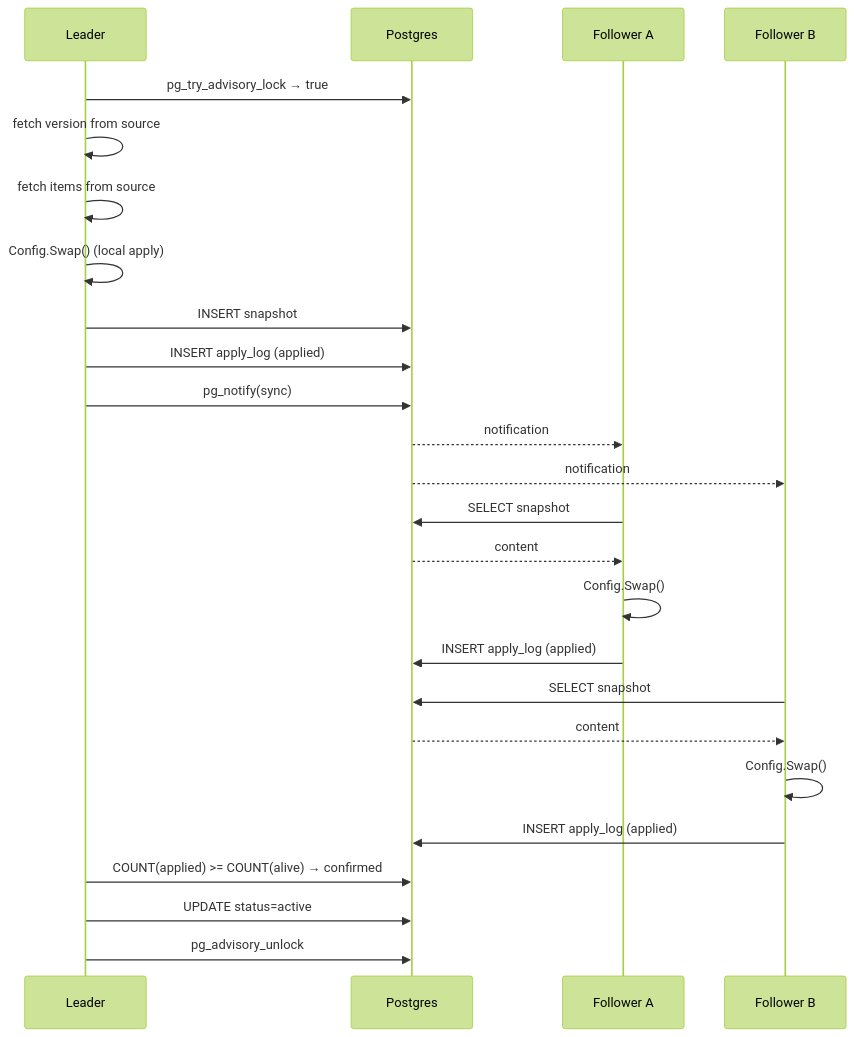
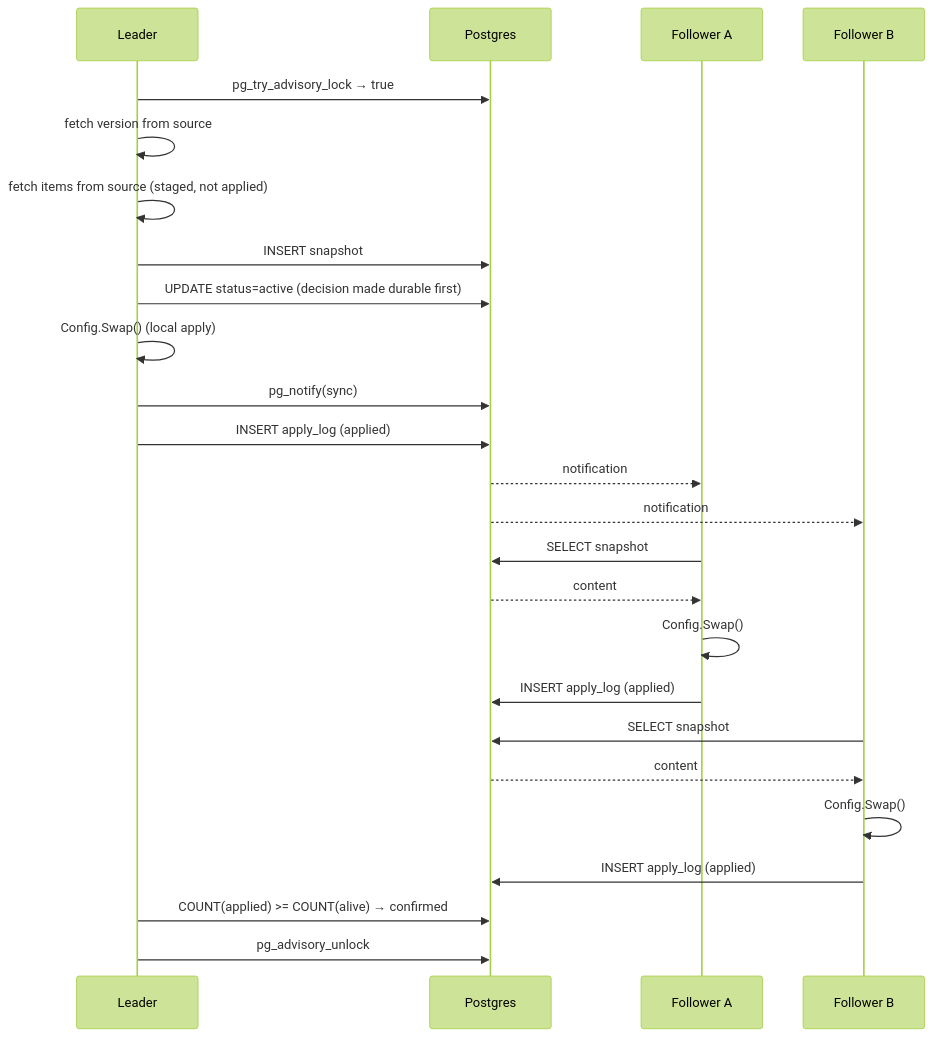
The first of 2 diagrams in docs/sync-protocol.md (swchck/director), drawn with Mermaid (forest theme) before and after one commit. The commit also changed other lines of this file and 96 other files, not shown here.

````diff
--- a/docs/sync-protocol.md
+++ b/docs/sync-protocol.md
@@ -120,28 +359,28 @@
 ```mermaid
 sequenceDiagram
     participant L as Leader
     participant PG as Postgres
     participant FA as Follower A
     participant FB as Follower B
 
     L->>PG: pg_try_advisory_lock → true
     L->>L: fetch version from source
-    L->>L: fetch items from source
+    L->>L: fetch items from source (staged, not applied)
+    L->>PG: INSERT snapshot
+    L->>PG: UPDATE status=active (decision made durable first)
     L->>L: Config.Swap() (local apply)
-    L->>PG: INSERT snapshot
+    L->>PG: pg_notify(sync)
     L->>PG: INSERT apply_log (applied)
-    L->>PG: pg_notify(sync)
     PG-->>FA: notification
     PG-->>FB: notification
     FA->>PG: SELECT snapshot
     PG-->>FA: content
     FA->>FA: Config.Swap()
     FA->>PG: INSERT apply_log (applied)
     FB->>PG: SELECT snapshot
     PG-->>FB: content
     FB->>FB: Config.Swap()
     FB->>PG: INSERT apply_log (applied)
     L->>PG: COUNT(applied) >= COUNT(alive) → confirmed
-    L->>PG: UPDATE status=active
     L->>PG: pg_advisory_unlock
 ```
````
